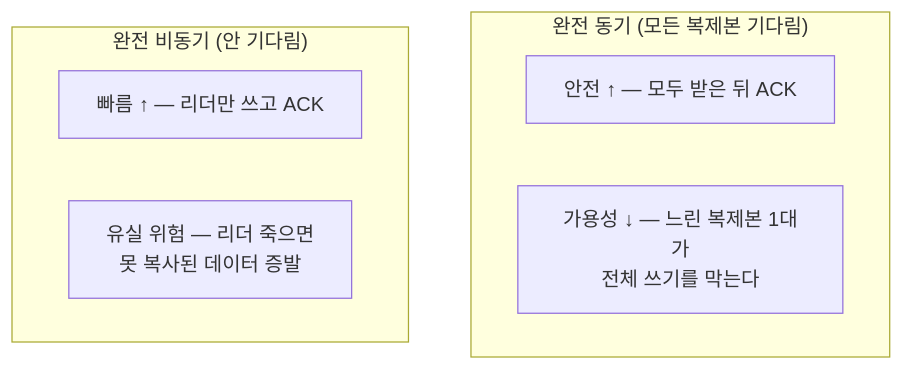
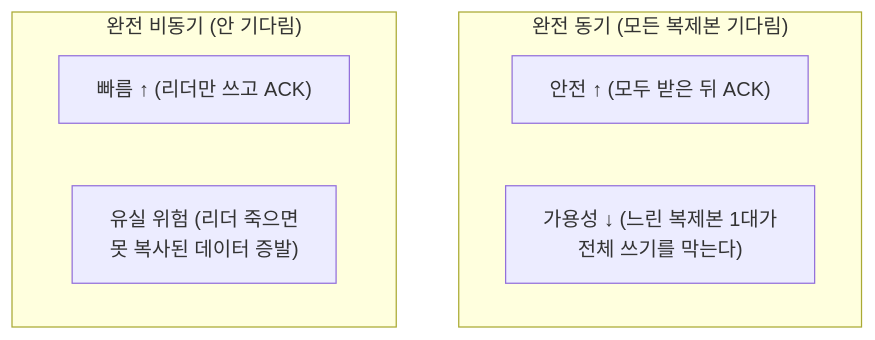
Before and after one commit to ghtjr410/kafka-lab: the first of 8 diagrams in docs/book/1-internals/03-replication.md, drawn with Mermaid. The commit also changed other lines of this file and 25 other files, not shown here.

````diff
--- a/docs/book/1-internals/03-replication.md
+++ b/docs/book/1-internals/03-replication.md
@@ -44,11 +44,11 @@
 ```mermaid
 graph TB
     subgraph SYNC["완전 동기 (모든 복제본 기다림)"]
-        S1["안전 ↑ — 모두 받은 뒤 ACK"]
-        S2["가용성 ↓ — 느린 복제본 1대가<br/>전체 쓰기를 막는다"]
+        S1["안전 ↑ (모두 받은 뒤 ACK)"]
+        S2["가용성 ↓ (느린 복제본 1대가<br/>전체 쓰기를 막는다)"]
     end
     subgraph ASYNC["완전 비동기 (안 기다림)"]
-        A1["빠름 ↑ — 리더만 쓰고 ACK"]
-        A2["유실 위험 — 리더 죽으면<br/>못 복사된 데이터 증발"]
+        A1["빠름 ↑ (리더만 쓰고 ACK)"]
+        A2["유실 위험 (리더 죽으면<br/>못 복사된 데이터 증발)"]
     end
 ```
````
